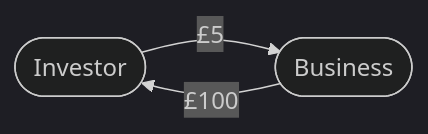
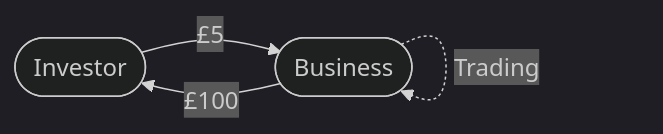
Before and after one commit to drummonds/bytestoneblog: the second of 18 diagrams in content/posts/Accounting for programmers/Movements/_index.md, drawn with Mermaid (dark theme). The commit also changed other lines of this file and 10 other files, not shown here.

```diff
--- a/content/posts/Accounting for programmers/Movements/_index.md
+++ b/content/posts/Accounting for programmers/Movements/_index.md
@@ -25,5 +27,6 @@
 {{< mermaid >}}
 flowchart LR
    I -- £5 --> B
+   B -. Trading .-> B
    B([Business]) -- £100 --> I([Investor])
 {{< /mermaid >}}
```
